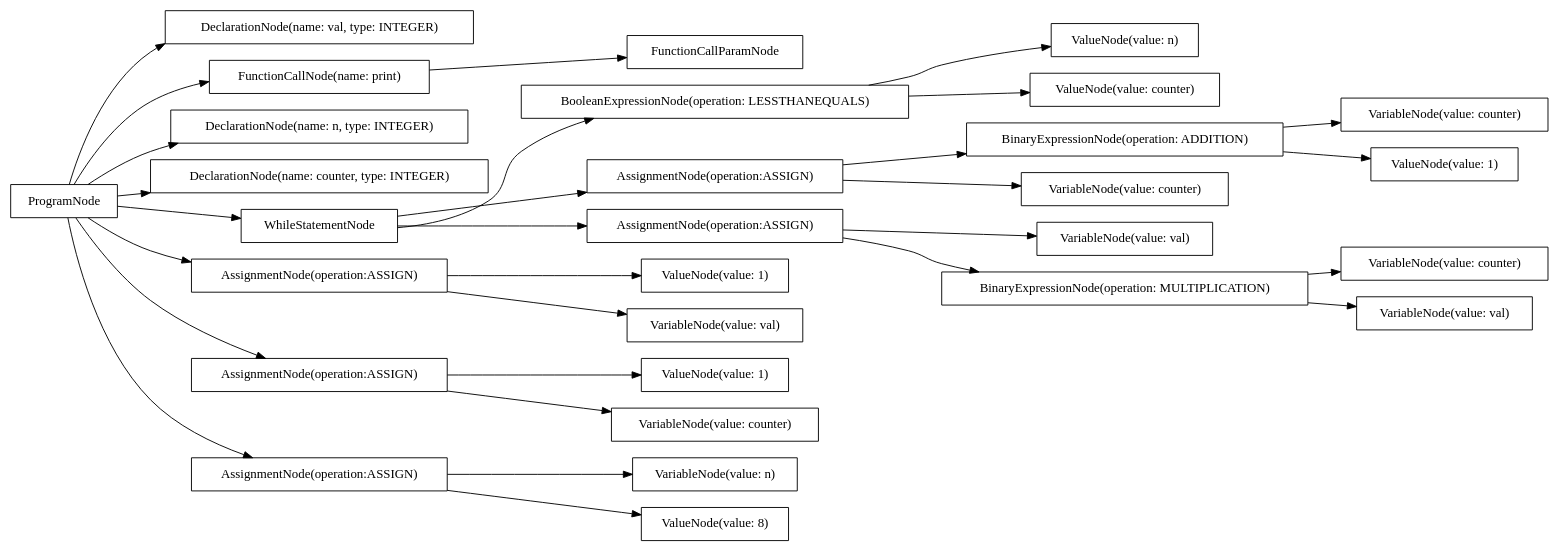
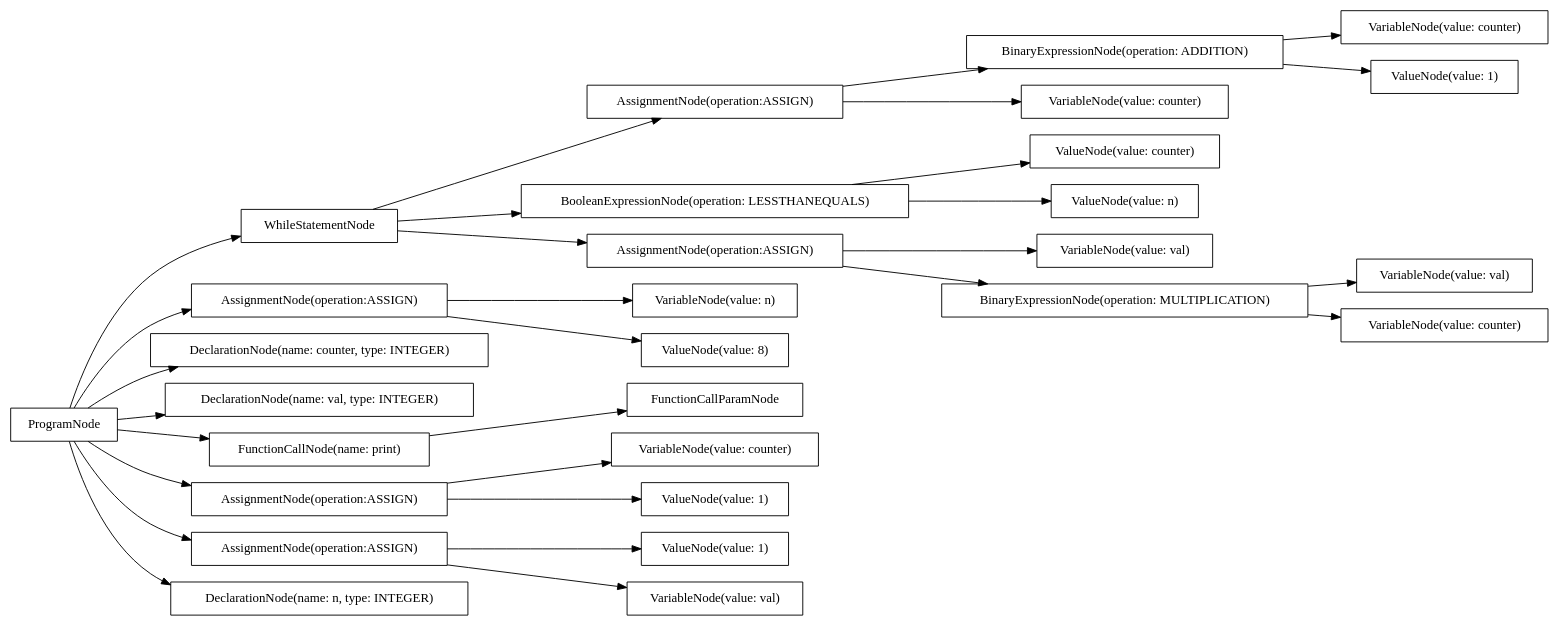
One commit to AtLeastITry/ANTLR-Python-Compiler changed the diagram in src/output/dot/factorial.dot. Above: the diagram before and after it, drawn with Graphviz. The commit also changed 11 other files, not shown here.

```diff
--- a/src/output/dot/factorial.dot
+++ b/src/output/dot/factorial.dot
@@ -1,60 +1,60 @@
 digraph G {
 rankdir=LR
-"0992d1b0-6774-4567-8593-3e14d60e6ab9" [label="DeclarationNode(name: val, type: INTEGER)" shape="box"];
-"9626fb71-2a1f-4956-be89-5a4ee12c31b6" [label="VariableNode(value: val)" shape="box"];
-"ae99fd4f-b564-4867-a46e-41161c9c8939" [label="BinaryExpressionNode(operation: ADDITION)" shape="box"];
-"48a6b28f-783b-4740-947e-15e2a575b430" [label="VariableNode(value: counter)" shape="box"];
-"186196ca-6aa3-4591-a80d-81101335ac3f" [label="BooleanExpressionNode(operation: LESSTHANEQUALS)" shape="box"];
-"18737145-723e-4447-89e6-2843b8e03805" [label="BinaryExpressionNode(operation: MULTIPLICATION)" shape="box"];
-"0d7152b5-9460-4ac8-8808-caa99783b01f" [label="AssignmentNode(operation:ASSIGN)" shape="box"];
-"8e2fb0f2-4feb-4147-9299-3113e66a7580" [label="ValueNode(value: 1)" shape="box"];
-"dda305f8-b61e-4f43-8149-46bf4a6a3688" [label="FunctionCallNode(name: print)" shape="box"];
-"d46dc9cf-4887-4ea5-ab3e-138ac4490d2a" [label="AssignmentNode(operation:ASSIGN)" shape="box"];
-"dae65cb1-bb63-403d-8225-cb45aa1adb28" [label="VariableNode(value: counter)" shape="box"];
-"467da61d-6c94-4155-89ac-9c590824dead" [label="ProgramNode" shape="box"];
-"1925c630-3228-44c5-b4b6-18be623d38d2" [label="DeclarationNode(name: n, type: INTEGER)" shape="box"];
-"552252d2-bd6a-43d4-b89f-3e76a83e4db9" [label="ValueNode(value: n)" shape="box"];
-"d6e7041a-f585-4e96-ac1d-ed64ec651dd1" [label="VariableNode(value: n)" shape="box"];
-"2985bb08-1a24-4fad-b682-48933d3a118b" [label="DeclarationNode(name: counter, type: INTEGER)" shape="box"];
-"aac0dde8-825a-4ff5-9cd9-4e0158e36fda" [label="ValueNode(value: 8)" shape="box"];
-"9de38cef-fefd-4658-8f9c-b120db8cafff" [label="ValueNode(value: 1)" shape="box"];
-"78de5c33-9ebc-4a7f-8979-ac0684db8ae5" [label="ValueNode(value: 1)" shape="box"];
-"6a9e49d6-188d-4393-ae99-e2a0b10b9594" [label="WhileStatementNode" shape="box"];
-"c91fdc34-99a3-4bd6-acc0-f06a85408cc5" [label="VariableNode(value: val)" shape="box"];
-"8e17ae29-d919-4aea-b562-2b7b5131d557" [label="AssignmentNode(operation:ASSIGN)" shape="box"];
-"3ec7cbee-0ce8-4fee-bcd9-fb3c8a46f83f" [label="AssignmentNode(operation:ASSIGN)" shape="box"];
-"62d5ae46-d13a-470f-b7a9-82f5693a0936" [label="AssignmentNode(operation:ASSIGN)" shape="box"];
-"bd02bbb8-7597-4fef-b854-1bca02f7d9dd" [label="ValueNode(value: counter)" shape="box"];
-"5d67ab75-c1d4-414f-bb14-b0c78da24a40" [label="VariableNode(value: counter)" shape="box"];
-"1c068aaa-8ddc-437c-98b5-e9072a649be0" [label="FunctionCallParamNode" shape="box"];
-"353fc2a9-5242-47df-921a-69867dcc4260" [label="VariableNode(value: counter)" shape="box"];
-"fe61b1dc-c486-4eba-81a3-4cba13a1f245" [label="VariableNode(value: val)" shape="box"];
-"467da61d-6c94-4155-89ac-9c590824dead" -> "1925c630-3228-44c5-b4b6-18be623d38d2";
-"467da61d-6c94-4155-89ac-9c590824dead" -> "0992d1b0-6774-4567-8593-3e14d60e6ab9";
-"467da61d-6c94-4155-89ac-9c590824dead" -> "2985bb08-1a24-4fad-b682-48933d3a118b";
-"467da61d-6c94-4155-89ac-9c590824dead" -> "62d5ae46-d13a-470f-b7a9-82f5693a0936";
-"62d5ae46-d13a-470f-b7a9-82f5693a0936" -> "d6e7041a-f585-4e96-ac1d-ed64ec651dd1";
-"62d5ae46-d13a-470f-b7a9-82f5693a0936" -> "aac0dde8-825a-4ff5-9cd9-4e0158e36fda";
-"467da61d-6c94-4155-89ac-9c590824dead" -> "8e17ae29-d919-4aea-b562-2b7b5131d557";
-"8e17ae29-d919-4aea-b562-2b7b5131d557" -> "c91fdc34-99a3-4bd6-acc0-f06a85408cc5";
-"8e17ae29-d919-4aea-b562-2b7b5131d557" -> "78de5c33-9ebc-4a7f-8979-ac0684db8ae5";
-"467da61d-6c94-4155-89ac-9c590824dead" -> "3ec7cbee-0ce8-4fee-bcd9-fb3c8a46f83f";
-"3ec7cbee-0ce8-4fee-bcd9-fb3c8a46f83f" -> "5d67ab75-c1d4-414f-bb14-b0c78da24a40";
-"3ec7cbee-0ce8-4fee-bcd9-fb3c8a46f83f" -> "9de38cef-fefd-4658-8f9c-b120db8cafff";
-"467da61d-6c94-4155-89ac-9c590824dead" -> "6a9e49d6-188d-4393-ae99-e2a0b10b9594";
-"6a9e49d6-188d-4393-ae99-e2a0b10b9594" -> "186196ca-6aa3-4591-a80d-81101335ac3f";
-"186196ca-6aa3-4591-a80d-81101335ac3f" -> "bd02bbb8-7597-4fef-b854-1bca02f7d9dd";
-"186196ca-6aa3-4591-a80d-81101335ac3f" -> "552252d2-bd6a-43d4-b89f-3e76a83e4db9";
-"6a9e49d6-188d-4393-ae99-e2a0b10b9594" -> "d46dc9cf-4887-4ea5-ab3e-138ac4490d2a";
-"d46dc9cf-4887-4ea5-ab3e-138ac4490d2a" -> "9626fb71-2a1f-4956-be89-5a4ee12c31b6";
-"d46dc9cf-4887-4ea5-ab3e-138ac4490d2a" -> "18737145-723e-4447-89e6-2843b8e03805";
-"18737145-723e-4447-89e6-2843b8e03805" -> "fe61b1dc-c486-4eba-81a3-4cba13a1f245";
-"18737145-723e-4447-89e6-2843b8e03805" -> "dae65cb1-bb63-403d-8225-cb45aa1adb28";
-"6a9e49d6-188d-4393-ae99-e2a0b10b9594" -> "0d7152b5-9460-4ac8-8808-caa99783b01f";
-"0d7152b5-9460-4ac8-8808-caa99783b01f" -> "353fc2a9-5242-47df-921a-69867dcc4260";
-"0d7152b5-9460-4ac8-8808-caa99783b01f" -> "ae99fd4f-b564-4867-a46e-41161c9c8939";
-"ae99fd4f-b564-4867-a46e-41161c9c8939" -> "48a6b28f-783b-4740-947e-15e2a575b430";
-"ae99fd4f-b564-4867-a46e-41161c9c8939" -> "8e2fb0f2-4feb-4147-9299-3113e66a7580";
-"467da61d-6c94-4155-89ac-9c590824dead" -> "dda305f8-b61e-4f43-8149-46bf4a6a3688";
-"dda305f8-b61e-4f43-8149-46bf4a6a3688" -> "1c068aaa-8ddc-437c-98b5-e9072a649be0";
+"529fd11a-8288-4b72-8fbb-ee778ad66fa7" [label="WhileStatementNode" shape="box"];
+"52e81055-dc26-4a57-8562-e2a447a12b68" [label="AssignmentNode(operation:ASSIGN)" shape="box"];
+"7cabb34e-7722-40d0-9663-8b4893380281" [label="AssignmentNode(operation:ASSIGN)" shape="box"];
+"ff9bc976-16c2-4b3e-9e6f-503b3809214a" [label="DeclarationNode(name: counter, type: INTEGER)" shape="box"];
+"c2e2381f-f732-4acb-92a8-270e17bdb119" [label="VariableNode(value: counter)" shape="box"];
+"2b0391dd-2a3a-4546-96d1-271153b40ed1" [label="VariableNode(value: counter)" shape="box"];
+"c6c9026c-6a37-4576-bf3a-feb37306daa2" [label="VariableNode(value: val)" shape="box"];
+"0186d3f2-10c3-4ed7-a2f0-079b025afa9b" [label="VariableNode(value: n)" shape="box"];
+"b9fe080d-940d-4d54-b249-9d2759d3331d" [label="BooleanExpressionNode(operation: LESSTHANEQUALS)" shape="box"];
+"ae6f9eb9-699d-4bd6-83c8-3becfc065db3" [label="ValueNode(value: counter)" shape="box"];
+"02654fa7-4ad9-405b-a527-12232435d73d" [label="BinaryExpressionNode(operation: ADDITION)" shape="box"];
+"8c6c70d4-069f-4701-a14b-784c624393ad" [label="DeclarationNode(name: val, type: INTEGER)" shape="box"];
+"22a3132c-d143-4ed2-9186-1937af1f4d22" [label="ValueNode(value: n)" shape="box"];
+"18a80606-ff1c-478c-8ccb-579915b0784f" [label="VariableNode(value: counter)" shape="box"];
+"3f82481d-1de5-48f2-b753-77e58d1a80f0" [label="ValueNode(value: 1)" shape="box"];
+"c4f2f956-a775-4d68-a431-c6029e19b4cd" [label="FunctionCallNode(name: print)" shape="box"];
+"bb0b4951-f67a-4325-bb0e-65edf1213967" [label="ValueNode(value: 8)" shape="box"];
+"e51cb7ca-7493-4bf5-84b2-074e8749a824" [label="ProgramNode" shape="box"];
+"3c85fe2e-da95-440d-b432-67fc64c679d3" [label="AssignmentNode(operation:ASSIGN)" shape="box"];
+"bf2133d7-3336-4227-9b10-152b1aa8231d" [label="AssignmentNode(operation:ASSIGN)" shape="box"];
+"6dd6b9b7-8825-457f-aedf-3c4ce7fee9bc" [label="BinaryExpressionNode(operation: MULTIPLICATION)" shape="box"];
+"c96bdce6-bd8f-4082-b493-d5ce6a310d80" [label="ValueNode(value: 1)" shape="box"];
+"1e3b1d55-fed5-4531-93ce-eb091126e0c5" [label="AssignmentNode(operation:ASSIGN)" shape="box"];
+"15a8f611-2c35-4a71-acef-db51bef9a995" [label="DeclarationNode(name: n, type: INTEGER)" shape="box"];
+"8d0c09ef-221f-4397-bc8b-bc757919e4a3" [label="ValueNode(value: 1)" shape="box"];
+"56a0ce6f-4b8f-45bf-9693-07a925a768d0" [label="FunctionCallParamNode" shape="box"];
+"48ee9f0f-df98-4568-bedc-f5d62ee7df48" [label="VariableNode(value: val)" shape="box"];
+"1d5f382e-bf81-47ea-a423-0f633adbf9ff" [label="VariableNode(value: counter)" shape="box"];
+"da761465-6f7f-4852-9c8d-891fe30def1e" [label="VariableNode(value: val)" shape="box"];
+"e51cb7ca-7493-4bf5-84b2-074e8749a824" -> "15a8f611-2c35-4a71-acef-db51bef9a995";
+"e51cb7ca-7493-4bf5-84b2-074e8749a824" -> "8c6c70d4-069f-4701-a14b-784c624393ad";
+"e51cb7ca-7493-4bf5-84b2-074e8749a824" -> "ff9bc976-16c2-4b3e-9e6f-503b3809214a";
+"e51cb7ca-7493-4bf5-84b2-074e8749a824" -> "52e81055-dc26-4a57-8562-e2a447a12b68";
+"52e81055-dc26-4a57-8562-e2a447a12b68" -> "0186d3f2-10c3-4ed7-a2f0-079b025afa9b";
+"52e81055-dc26-4a57-8562-e2a447a12b68" -> "bb0b4951-f67a-4325-bb0e-65edf1213967";
+"e51cb7ca-7493-4bf5-84b2-074e8749a824" -> "1e3b1d55-fed5-4531-93ce-eb091126e0c5";
+"1e3b1d55-fed5-4531-93ce-eb091126e0c5" -> "da761465-6f7f-4852-9c8d-891fe30def1e";
+"1e3b1d55-fed5-4531-93ce-eb091126e0c5" -> "8d0c09ef-221f-4397-bc8b-bc757919e4a3";
+"e51cb7ca-7493-4bf5-84b2-074e8749a824" -> "3c85fe2e-da95-440d-b432-67fc64c679d3";
+"3c85fe2e-da95-440d-b432-67fc64c679d3" -> "c2e2381f-f732-4acb-92a8-270e17bdb119";
+"3c85fe2e-da95-440d-b432-67fc64c679d3" -> "c96bdce6-bd8f-4082-b493-d5ce6a310d80";
+"e51cb7ca-7493-4bf5-84b2-074e8749a824" -> "529fd11a-8288-4b72-8fbb-ee778ad66fa7";
+"529fd11a-8288-4b72-8fbb-ee778ad66fa7" -> "b9fe080d-940d-4d54-b249-9d2759d3331d";
+"b9fe080d-940d-4d54-b249-9d2759d3331d" -> "ae6f9eb9-699d-4bd6-83c8-3becfc065db3";
+"b9fe080d-940d-4d54-b249-9d2759d3331d" -> "22a3132c-d143-4ed2-9186-1937af1f4d22";
+"529fd11a-8288-4b72-8fbb-ee778ad66fa7" -> "bf2133d7-3336-4227-9b10-152b1aa8231d";
+"bf2133d7-3336-4227-9b10-152b1aa8231d" -> "c6c9026c-6a37-4576-bf3a-feb37306daa2";
+"bf2133d7-3336-4227-9b10-152b1aa8231d" -> "6dd6b9b7-8825-457f-aedf-3c4ce7fee9bc";
+"6dd6b9b7-8825-457f-aedf-3c4ce7fee9bc" -> "48ee9f0f-df98-4568-bedc-f5d62ee7df48";
+"6dd6b9b7-8825-457f-aedf-3c4ce7fee9bc" -> "1d5f382e-bf81-47ea-a423-0f633adbf9ff";
+"529fd11a-8288-4b72-8fbb-ee778ad66fa7" -> "7cabb34e-7722-40d0-9663-8b4893380281";
+"7cabb34e-7722-40d0-9663-8b4893380281" -> "18a80606-ff1c-478c-8ccb-579915b0784f";
+"7cabb34e-7722-40d0-9663-8b4893380281" -> "02654fa7-4ad9-405b-a527-12232435d73d";
+"02654fa7-4ad9-405b-a527-12232435d73d" -> "2b0391dd-2a3a-4546-96d1-271153b40ed1";
+"02654fa7-4ad9-405b-a527-12232435d73d" -> "3f82481d-1de5-48f2-b753-77e58d1a80f0";
+"e51cb7ca-7493-4bf5-84b2-074e8749a824" -> "c4f2f956-a775-4d68-a431-c6029e19b4cd";
+"c4f2f956-a775-4d68-a431-c6029e19b4cd" -> "56a0ce6f-4b8f-45bf-9693-07a925a768d0";
 }
```
